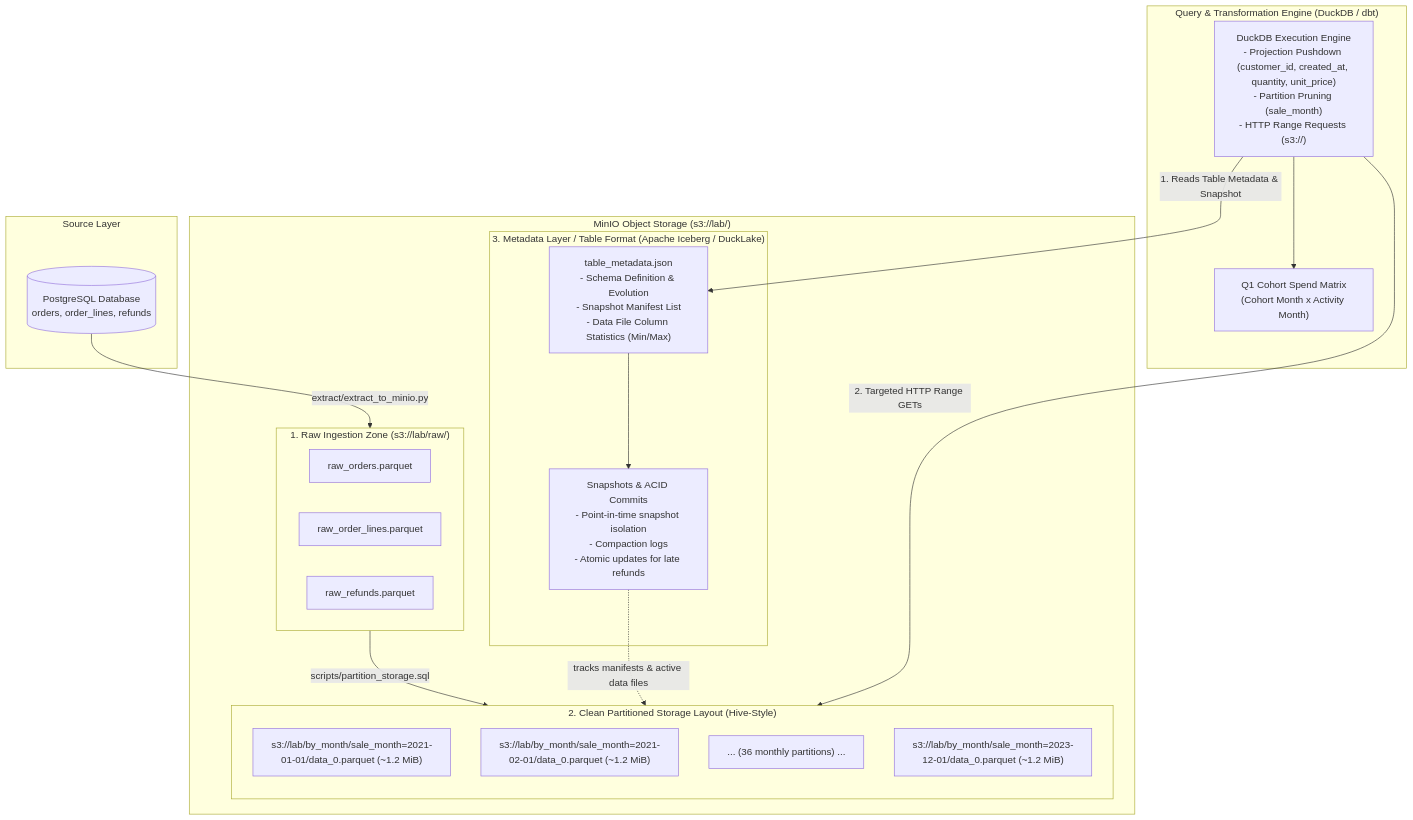
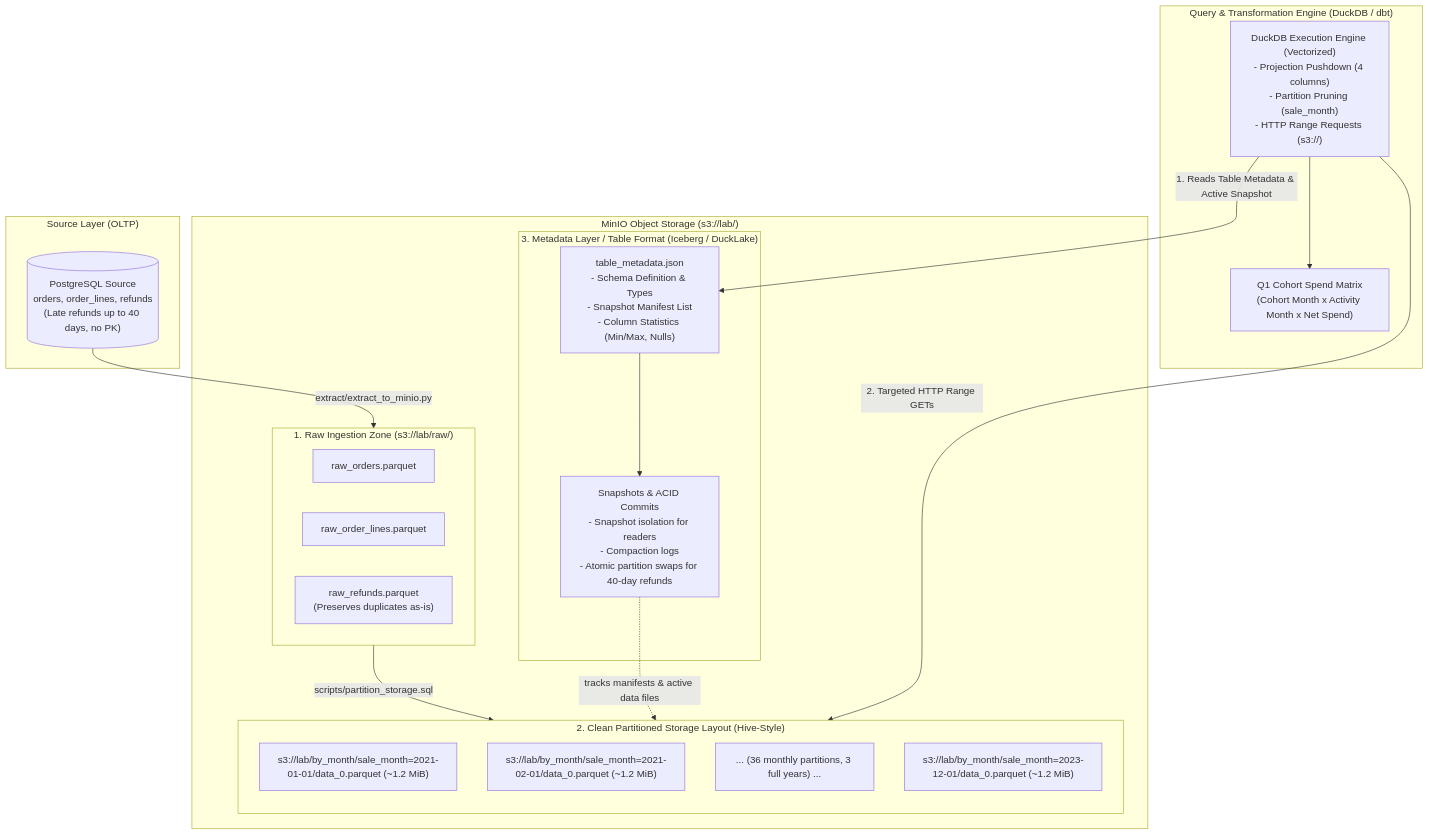
Before and after one commit to prigo929/bdpp-cohort-spend-platform: the diagram in docs/checkpoint1_storage_design.md, drawn with Mermaid. The commit also changed other lines of this file, not shown here.

Commit message:
docs: update checkpoint 1 storage design architecture and decision defenses

````diff
--- a/docs/checkpoint1_storage_design.md
+++ b/docs/checkpoint1_storage_design.md
@@ -19,40 +21,40 @@
 ```mermaid
 flowchart TD
-    subgraph SRC["Source Layer"]
-        PG[("PostgreSQL Database<br/>orders, order_lines, refunds")]
+    subgraph SRC["Source Layer (OLTP)"]
+        PG[("PostgreSQL Source<br/>orders, order_lines, refunds<br/>(Late refunds up to 40 days, no PK)")]
     end
 
     subgraph MINIO["MinIO Object Storage (s3://lab/)"]
         subgraph RAW["1. Raw Ingestion Zone (s3://lab/raw/)"]
             R1["raw_orders.parquet"]
             R2["raw_order_lines.parquet"]
-            R3["raw_refunds.parquet"]
+            R3["raw_refunds.parquet<br/>(Preserves duplicates as-is)"]
         end
 
-        subgraph TABLE_FORMAT["3. Metadata Layer / Table Format (Apache Iceberg / DuckLake)"]
-            META["table_metadata.json<br/>- Schema Definition & Evolution<br/>- Snapshot Manifest List<br/>- Data File Column Statistics (Min/Max)"]
-            SNAP["Snapshots & ACID Commits<br/>- Point-in-time snapshot isolation<br/>- Compaction logs<br/>- Atomic updates for late refunds"]
+        subgraph TABLE_FORMAT["3. Metadata Layer / Table Format (Iceberg / DuckLake)"]
+            META["table_metadata.json<br/>- Schema Definition & Types<br/>- Snapshot Manifest List<br/>- Column Statistics (Min/Max, Nulls)"]
+            SNAP["Snapshots & ACID Commits<br/>- Snapshot isolation for readers<br/>- Compaction logs<br/>- Atomic partition swaps for 40-day refunds"]
             META --> SNAP
         end
 
         subgraph LAYOUT["2. Clean Partitioned Storage Layout (Hive-Style)"]
             direction TB
             P1["s3://lab/by_month/sale_month=2021-01-01/data_0.parquet (~1.2 MiB)"]
             P2["s3://lab/by_month/sale_month=2021-02-01/data_0.parquet (~1.2 MiB)"]
-            P3["... (36 monthly partitions) ..."]
+            P3["... (36 monthly partitions, 3 full years) ..."]
             P4["s3://lab/by_month/sale_month=2023-12-01/data_0.parquet (~1.2 MiB)"]
         end
     end
 
     subgraph COMPUTE["Query & Transformation Engine (DuckDB / dbt)"]
-        DUCK["DuckDB Execution Engine<br/>- Projection Pushdown (customer_id, created_at, quantity, unit_price)<br/>- Partition Pruning (sale_month)<br/>- HTTP Range Requests (s3://)"]
-        OUT["Q1 Cohort Spend Matrix<br/>(Cohort Month x Activity Month)"]
+        DUCK["DuckDB Execution Engine (Vectorized)<br/>- Projection Pushdown (4 columns)<br/>- Partition Pruning (sale_month)<br/>- HTTP Range Requests (s3://)"]
+        OUT["Q1 Cohort Spend Matrix<br/>(Cohort Month x Activity Month x Net Spend)"]
     end
 
     PG -- "extract/extract_to_minio.py" --> RAW
     RAW -- "scripts/partition_storage.sql" --> LAYOUT
     SNAP -. "tracks manifests & active data files" .-> LAYOUT
-    DUCK -- "1. Reads Table Metadata & Snapshot" --> META
+    DUCK -- "1. Reads Table Metadata & Active Snapshot" --> META
     DUCK -- "2. Targeted HTTP Range GETs" --> LAYOUT
     DUCK --> OUT
 ```
````
